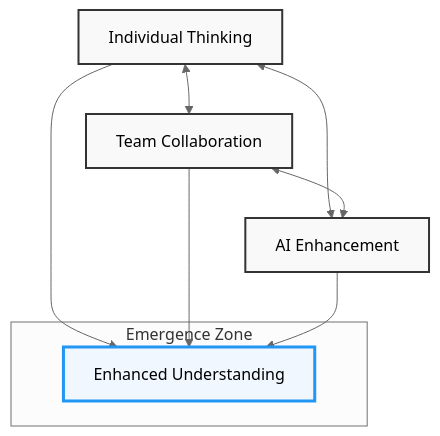
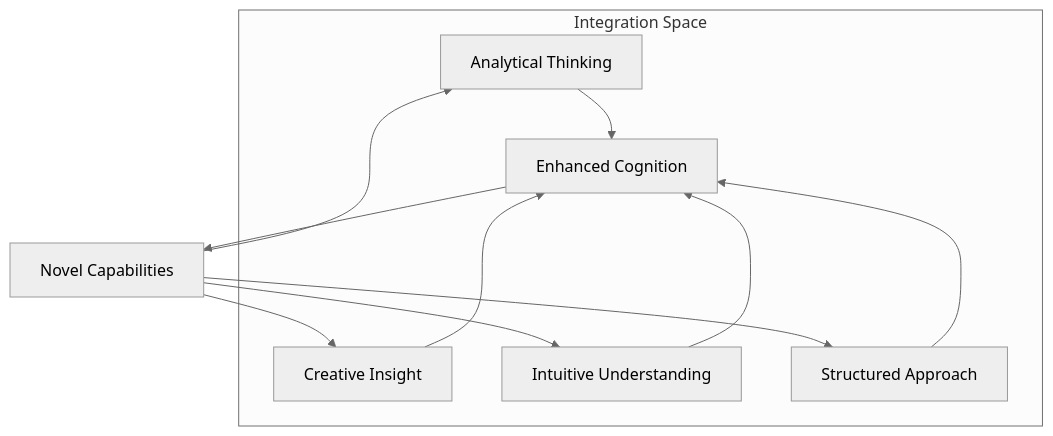
The fifth of 8 diagrams in README.md (phillipclapham/neuroweaver), drawn with Mermaid (neutral theme) before and after one commit. The commit also changed other lines of this file, not shown here.

````diff
--- a/README.md
+++ b/README.md
@@ -710,19 +1087,15 @@
 ```mermaid
 graph TD
-    I[Individual Thinking] <--> T[Team Collaboration]
-    I <--> A[AI Enhancement]
-    T <--> A
-    
-    subgraph Emergence Zone
-    E[Enhanced Understanding]
+    subgraph Integration Space
+    A[Analytical Thinking] --> E[Enhanced Cognition]
+    C[Creative Insight] --> E
+    I[Intuitive Understanding] --> E
+    S[Structured Approach] --> E
     end
     
-    I --> E
-    T --> E
-    A --> E
-    
-    classDef default fill:#f9f9f9,stroke:#333,stroke-width:2px;
-    classDef emergence fill:#f0f7ff,stroke:#2196f3,stroke-width:3px;
-    
-    class E emergence
+    E --> N[Novel Capabilities]
+    N --> A
+    N --> C
+    N --> I
+    N --> S
 ```
````
